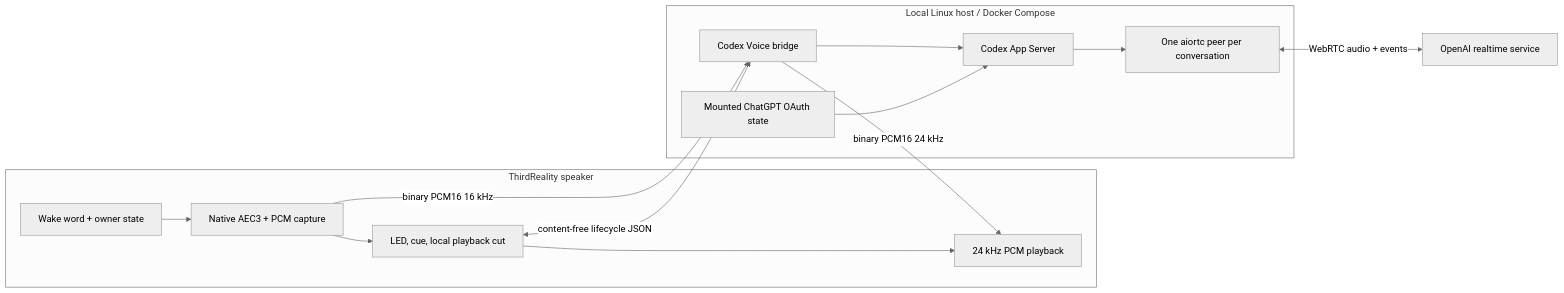
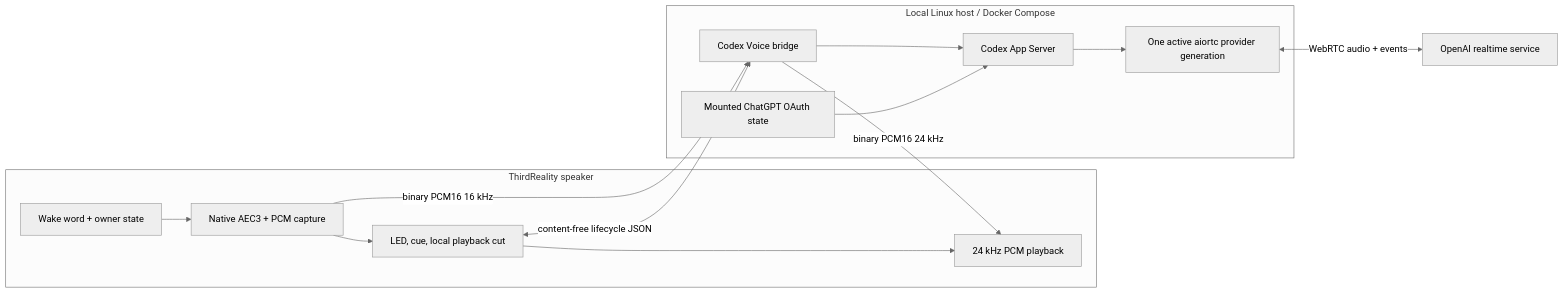
The first of 2 diagrams in server-offloaded-realtime-architecture.md (AurelioB/ha-codex-voice), drawn with Mermaid (neutral theme) before and after one commit. The commit also changed other lines of this file and 14 other files, not shown here.

````diff
--- a/server-offloaded-realtime-architecture.md
+++ b/server-offloaded-realtime-architecture.md
@@ -17,29 +19,29 @@
 ```mermaid
 flowchart LR
     subgraph speaker["ThirdReality speaker"]
         wake["Wake word + owner state"]
         aec["Native AEC3 + PCM capture"]
         local["LED, cue, local playback cut"]
         play["24 kHz PCM playback"]
         wake --> aec
         aec --> local
         local --> play
     end
 
     subgraph host["Local Linux host / Docker Compose"]
         bridge["Codex Voice bridge"]
         appserver["Codex App Server"]
-        peer["One aiortc peer per conversation"]
+        peer["One active aiortc provider generation"]
         oauth["Mounted ChatGPT OAuth state"]
         bridge --> appserver
         appserver --> peer
         oauth --> appserver
     end
 
     provider["OpenAI realtime service"]
 
     aec -- "binary PCM16 16 kHz" --> bridge
     bridge -- "binary PCM16 24 kHz" --> play
     local <-- "content-free lifecycle JSON" --> bridge
     peer <-- "WebRTC audio + events" --> provider
 ```
````
